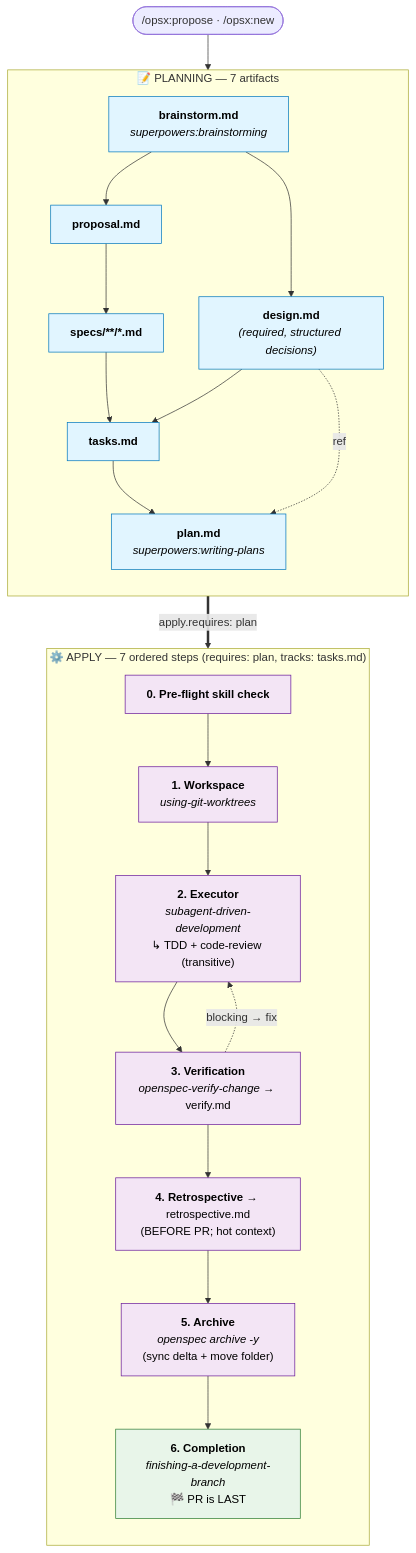
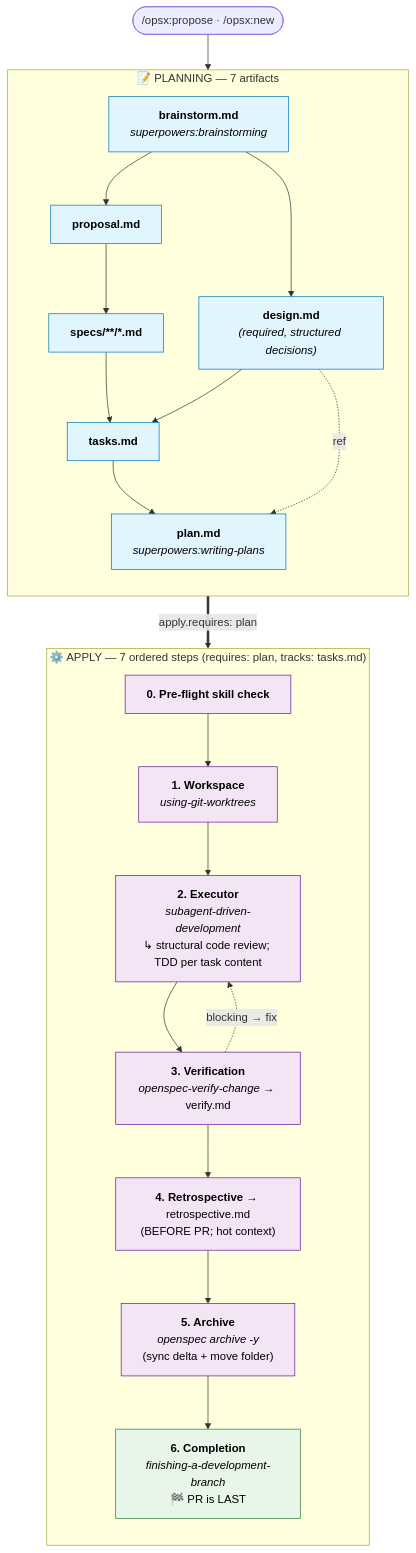
Before and after one commit to azuma520/openspec-schemas: the diagram in superpowers-bridge/README.md, drawn with Mermaid. The commit also changed other lines of this file and 1 other file, not shown here.

First line of the commit message:
docs(bridge): correct TDD claims and executing-plans rationale in both READMEs

````diff
--- a/superpowers-bridge/README.md
+++ b/superpowers-bridge/README.md
@@ -221,48 +221,48 @@
 ```mermaid
 flowchart TD
     Start([/opsx:propose · /opsx:new])
 
     subgraph Plan ["📝 PLANNING — 7 artifacts"]
         direction TB
         BS["<b>brainstorm.md</b><br/><i>superpowers:brainstorming</i>"]
         PROP["<b>proposal.md</b>"]
         DES["<b>design.md</b><br/><i>(required, structured decisions)</i>"]
         SP["<b>specs/**/*.md</b>"]
         TK["<b>tasks.md</b>"]
         PL["<b>plan.md</b><br/><i>superpowers:writing-plans</i>"]
 
         BS --> PROP
         BS --> DES
         PROP --> SP
         SP --> TK
         DES --> TK
         TK --> PL
         DES -. ref .-> PL
     end
 
     subgraph Apply ["⚙️ APPLY — 7 ordered steps (requires: plan, tracks: tasks.md)"]
         direction TB
         A0["<b>0. Pre-flight skill check</b>"]
         A1["<b>1. Workspace</b><br/><i>using-git-worktrees</i>"]
-        A2["<b>2. Executor</b><br/><i>subagent-driven-development</i><br/>↳ TDD + code-review (transitive)"]
+        A2["<b>2. Executor</b><br/><i>subagent-driven-development</i><br/>↳ structural code review; TDD per task content"]
         A3["<b>3. Verification</b><br/><i>openspec-verify-change</i> → verify.md"]
         A4["<b>4. Retrospective</b> → retrospective.md<br/>(BEFORE PR; hot context)"]
         A5["<b>5. Archive</b><br/><i>openspec archive -y</i><br/>(sync delta + move folder)"]
         A6["<b>6. Completion</b><br/><i>finishing-a-development-branch</i><br/>🏁 PR is LAST"]
 
         A0 --> A1 --> A2 --> A3
         A3 -. blocking → fix .-> A2
         A3 --> A4 --> A5 --> A6
     end
 
     Start --> BS
     PL ==>|apply.requires: plan| A0
 
     classDef artifact fill:#e1f5ff,stroke:#0277bd,color:#000
     classDef step fill:#f3e5f5,stroke:#6a1b9a,color:#000
     classDef capstone fill:#e8f5e9,stroke:#2e7d32,color:#000
 
     class BS,PROP,DES,SP,TK,PL artifact
     class A0,A1,A2,A3,A4,A5 step
     class A6 capstone
 ```
````
